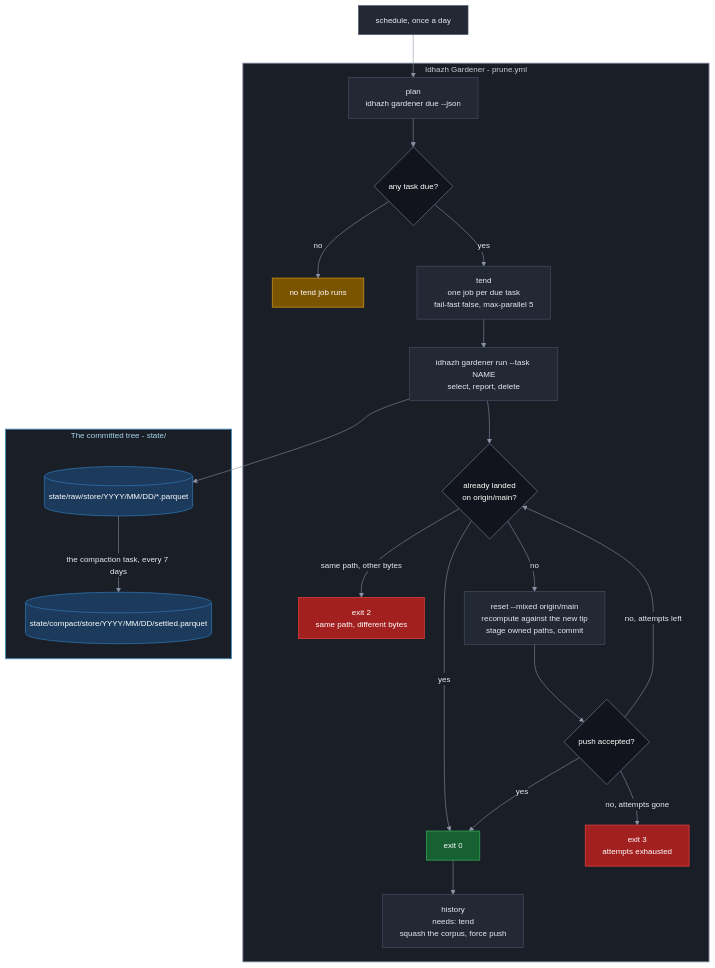
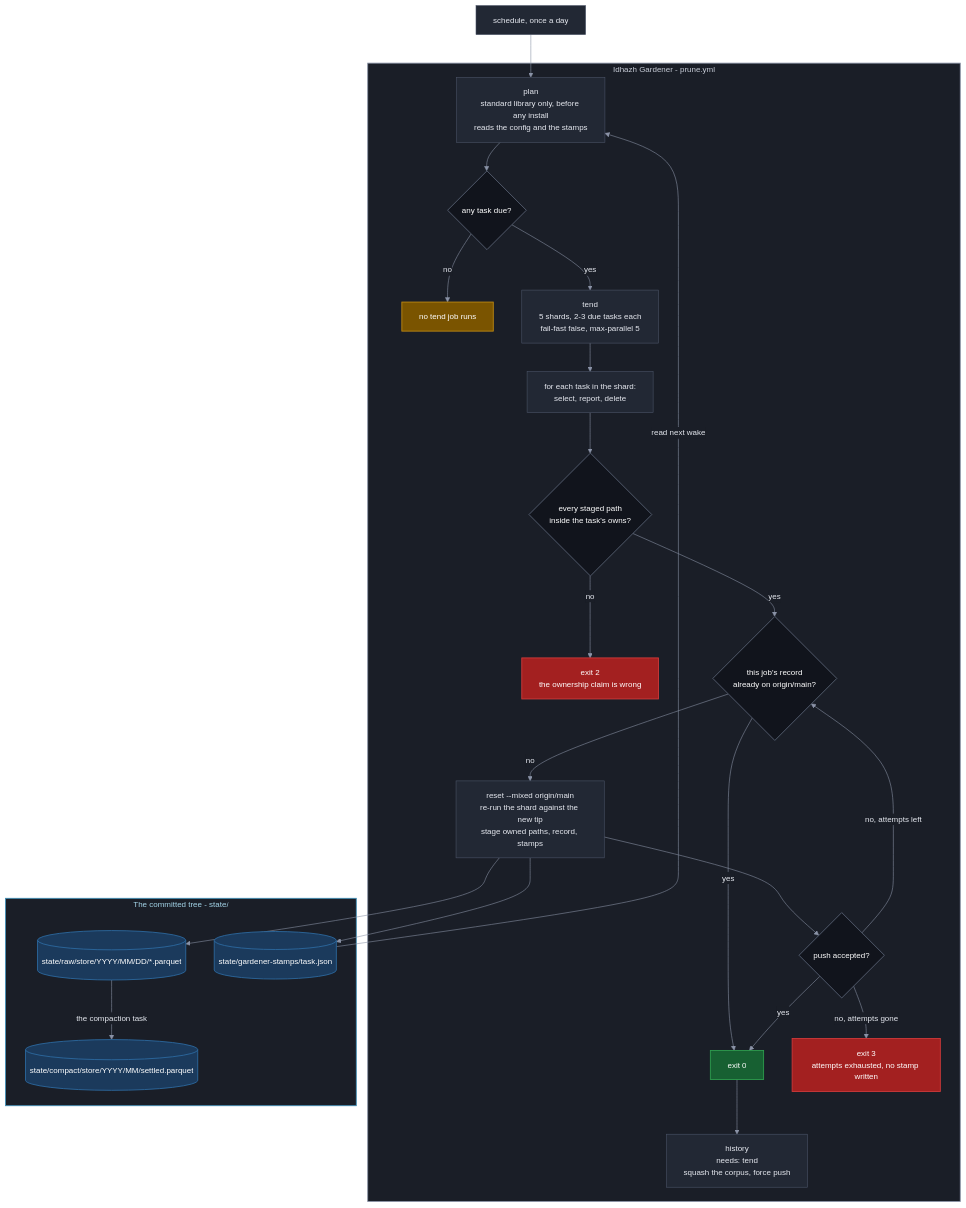
Before and after one commit to miztiik/yen-idhazh: the diagram in TODO/20260924-50-idhazh-gardener-plan.md, drawn with Mermaid. The commit also changed other lines of this file, not shown here.

First line of the commit message:
Plan 50: seven rows, seven pull requests, and every contract declared

````diff
--- a/TODO/20260924-50-idhazh-gardener-plan.md
+++ b/TODO/20260924-50-idhazh-gardener-plan.md
@@ -105,60 +74,65 @@
 ```mermaid
 %%{init: {"theme": "base", "themeVariables": {"background": "#0f1117", "primaryColor": "#222834", "primaryTextColor": "#e6e9f0", "primaryBorderColor": "#4b5468", "lineColor": "#8b93a7", "textColor": "#e6e9f0", "clusterBkg": "#1a1e27", "clusterBorder": "#3a4254", "titleColor": "#e6e9f0", "edgeLabelBackground": "#1a1e27", "fontSize": "14px"}}}%%
 flowchart TB
   CRON["schedule, once a day"]
 
   subgraph OPS["Idhazh Gardener - prune.yml"]
-    PLAN["plan<br/>idhazh gardener due --json"]
+    PLAN["plan<br/>standard library only, before any install<br/>reads the config and the stamps"]
     ANY{"any task due?"}
     IDLE["no tend job runs"]
-    TEND["tend<br/>one job per due task<br/>fail-fast false, max-parallel 5"]
-    RUN["idhazh gardener run --task NAME<br/>select, report, delete"]
-    LANDED{"already landed<br/>on origin/main?"}
-    BYTES["exit 2<br/>same path, different bytes"]
-    REAPPLY["reset --mixed origin/main<br/>recompute against the new tip<br/>stage owned paths, commit"]
+    TEND["tend<br/>5 shards, 2-3 due tasks each<br/>fail-fast false, max-parallel 5"]
+    RUN["for each task in the shard:<br/>select, report, delete"]
+    OWNED{"every staged path<br/>inside the task's owns?"}
+    OUTSIDE["exit 2<br/>the ownership claim is wrong"]
+    LANDED{"this job's record<br/>already on origin/main?"}
+    REAPPLY["reset --mixed origin/main<br/>re-run the shard against the new tip<br/>stage owned paths, record, stamps"]
     PUSHED{"push accepted?"}
     OK["exit 0"]
-    LOST["exit 3<br/>attempts exhausted"]
+    LOST["exit 3<br/>attempts exhausted, no stamp written"]
     HIST["history<br/>needs: tend<br/>squash the corpus, force push"]
   end
 
   subgraph TREE["The committed tree - state/"]
     RAW[("state/raw/store/YYYY/MM/DD/*.parquet")]
-    COMPACT[("state/compact/store/YYYY/MM/DD/settled.parquet")]
+    STAMP[("state/gardener-stamps/task.json")]
+    COMPACT[("state/compact/store/YYYY/MM/settled.parquet")]
   end
 
   CRON --> PLAN
   PLAN --> ANY
   ANY -->|"no"| IDLE
   ANY -->|"yes"| TEND
   TEND --> RUN
-  RUN --> RAW
-  RUN --> LANDED
+  RUN --> OWNED
+  OWNED -->|"no"| OUTSIDE
+  OWNED -->|"yes"| LANDED
   LANDED -->|"yes"| OK
-  LANDED -->|"same path, other bytes"| BYTES
   LANDED -->|"no"| REAPPLY
+  REAPPLY --> RAW
+  REAPPLY --> STAMP
   REAPPLY --> PUSHED
   PUSHED -->|"yes"| OK
   PUSHED -->|"no, attempts left"| LANDED
   PUSHED -->|"no, attempts gone"| LOST
   OK --> HIST
-  RAW -->|"the compaction task, every 7 days"| COMPACT
+  STAMP -->|"read next wake"| PLAN
+  RAW -->|"the compaction task"| COMPACT
 
   classDef stage fill:#222834,stroke:#4b5468,stroke-width:1px,color:#e6e9f0;
   classDef decision fill:#11141c,stroke:#5b6477,stroke-width:1.5px,color:#ffffff;
   classDef yes fill:#176032,stroke:#2ea04f,stroke-width:1.5px,color:#ffffff;
   classDef no fill:#a32020,stroke:#d23b3b,stroke-width:1.5px,color:#ffffff;
   classDef warn fill:#7a5400,stroke:#c08a12,stroke-width:1.5px,color:#ffffff;
   classDef store fill:#1b3a5c,stroke:#2d6ca3,stroke-width:1.5px,color:#ffffff;
   classDef sysOps fill:#1a1e27,stroke:#8b93a7,stroke-width:1.5px,color:#c8cdd8;
   classDef sysPublish fill:#1a1e27,stroke:#3f8fb8,stroke-width:1.5px,color:#a5d6ea;
 
   class CRON,PLAN,TEND,RUN,REAPPLY,HIST stage;
-  class ANY,LANDED,PUSHED decision;
+  class ANY,OWNED,LANDED,PUSHED decision;
   class OK yes;
-  class BYTES,LOST no;
+  class OUTSIDE,LOST no;
   class IDLE warn;
-  class RAW,COMPACT store;
+  class RAW,STAMP,COMPACT store;
   class OPS sysOps;
   class TREE sysPublish;
 ```
````
